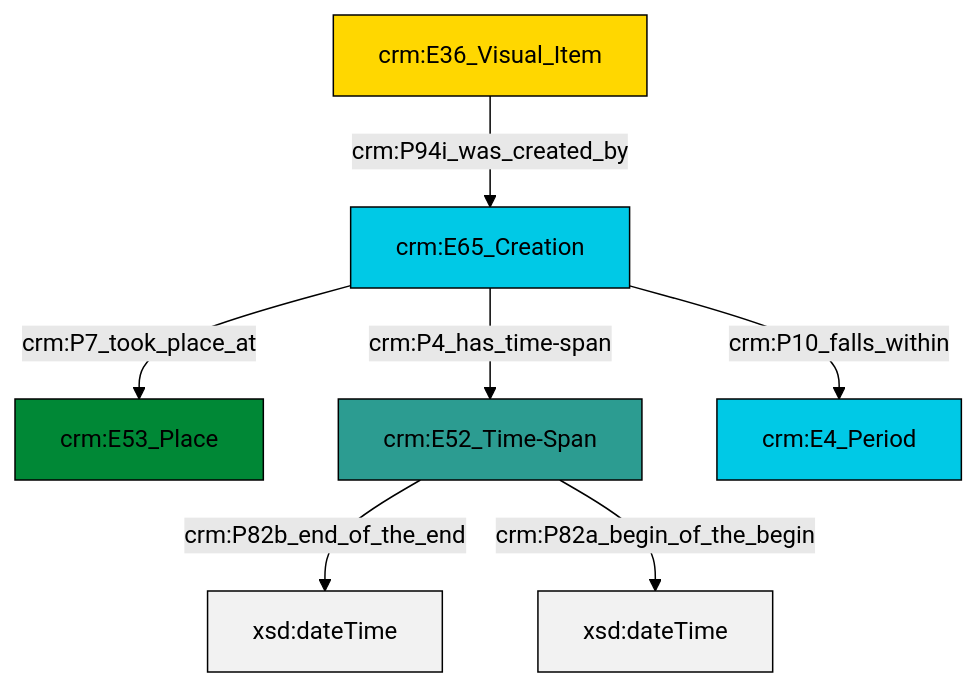
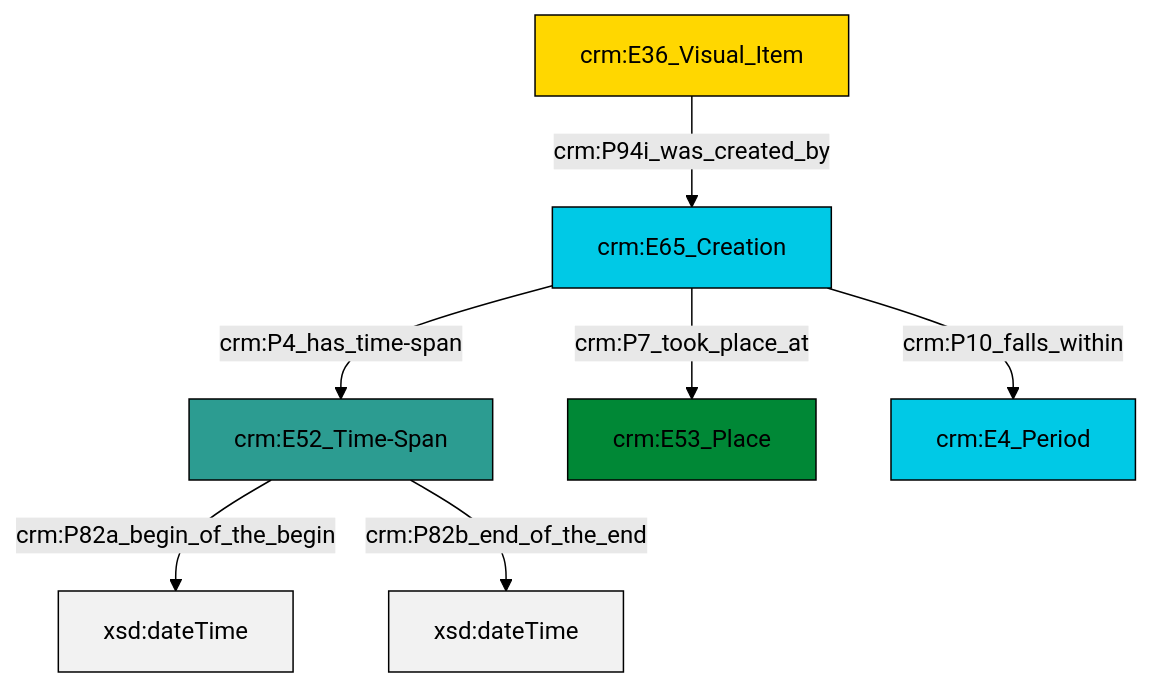
One commit to swiss-art-research-net/docs.swissartresearch changed the diagram in et/imgCSV/ttl/mmd/img_existence.ttl.mmd. Above: the diagram before and after it, drawn with Mermaid (forest theme). The commit also changed 179 other files, not shown here.

```diff
--- a/et/imgCSV/ttl/mmd/img_existence.ttl.mmd
+++ b/et/imgCSV/ttl/mmd/img_existence.ttl.mmd
@@ -1,21 +1,21 @@
 graph TD
 classDef Literal fill:#f2f2f2,stroke:#000000;
 classDef CRM_Entity fill:#FFFFFF,stroke:#000000;
 classDef Temporal_Entity fill:#00C9E6, stroke:#000000;
 classDef Type fill:#E18312, stroke:#000000;
 classDef Time-Span fill:#2C9C91, stroke:#000000;
 classDef Appellation fill:#FFEB7F, stroke:#000000;
 classDef Place fill:#008836, stroke:#000000;
 classDef Persistent_Item fill:#B266B2, stroke:#000000;
 classDef Conceptual_Object fill:#FFD700, stroke:#000000;
 classDef Physical_Thing fill:#D2B48C, stroke:#000000;
 classDef Actor fill:#f58aad, stroke:#000000;
 classDef PC_Classes fill:#4ce600, stroke:#000000;
 classDef Multi fill:#cccccc,stroke:#000000;
 
-2["crm:E65_Creation"]:::Temporal_Entity -->|crm:P7_took_place_at| 3["crm:E53_Place"]:::Place
-4["crm:E52_Time-Span"]:::Time-Span -->|crm:P82b_end_of_the_end| 6[xsd:dateTime]:::Literal
-4["crm:E52_Time-Span"]:::Time-Span -->|crm:P82a_begin_of_the_begin| 7[xsd:dateTime]:::Literal
-2["crm:E65_Creation"]:::Temporal_Entity -->|crm:P4_has_time-span| 4["crm:E52_Time-Span"]:::Time-Span
-2["crm:E65_Creation"]:::Temporal_Entity -->|crm:P10_falls_within| 8["crm:E4_Period"]:::Temporal_Entity
-0["crm:E36_Visual_Item"]:::Conceptual_Object -->|crm:P94i_was_created_by| 2["crm:E65_Creation"]:::Temporal_Entity
+2["crm:E36_Visual_Item"]:::Conceptual_Object -->|crm:P94i_was_created_by| 3["crm:E65_Creation"]:::Temporal_Entity
+3["crm:E65_Creation"]:::Temporal_Entity -->|crm:P4_has_time-span| 0["crm:E52_Time-Span"]:::Time-Span
+3["crm:E65_Creation"]:::Temporal_Entity -->|crm:P10_falls_within| 6["crm:E4_Period"]:::Temporal_Entity
+0["crm:E52_Time-Span"]:::Time-Span -->|crm:P82a_begin_of_the_begin| 7[xsd:dateTime]:::Literal
+0["crm:E52_Time-Span"]:::Time-Span -->|crm:P82b_end_of_the_end| 9[xsd:dateTime]:::Literal
+3["crm:E65_Creation"]:::Temporal_Entity -->|crm:P7_took_place_at| 4["crm:E53_Place"]:::Place
```
